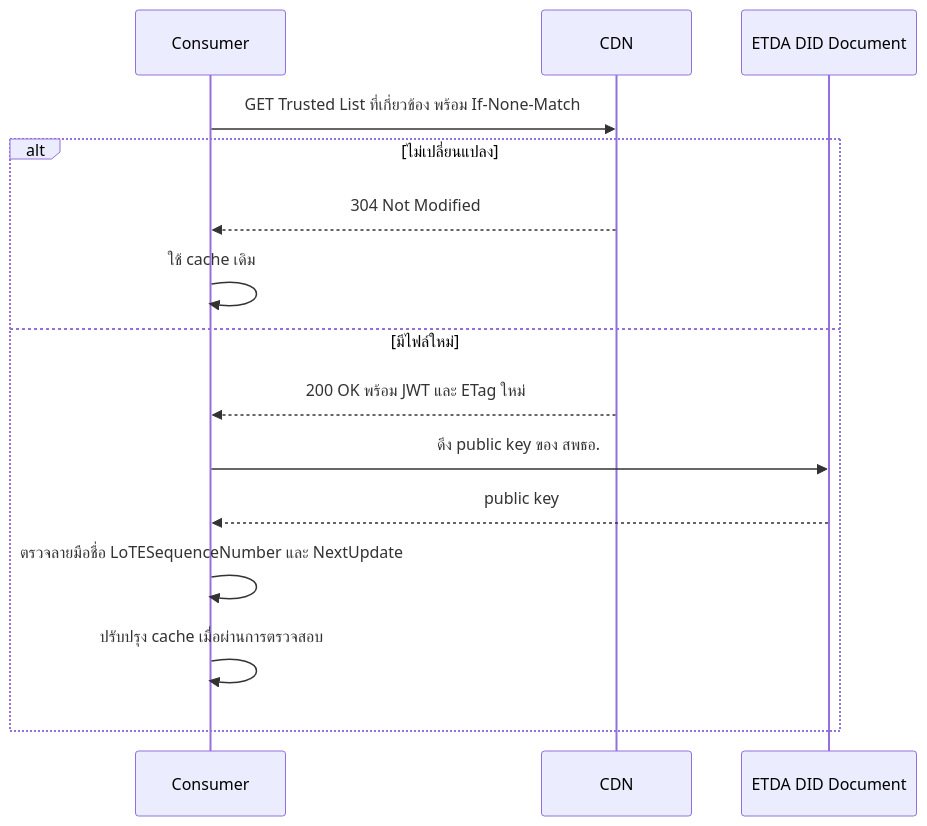
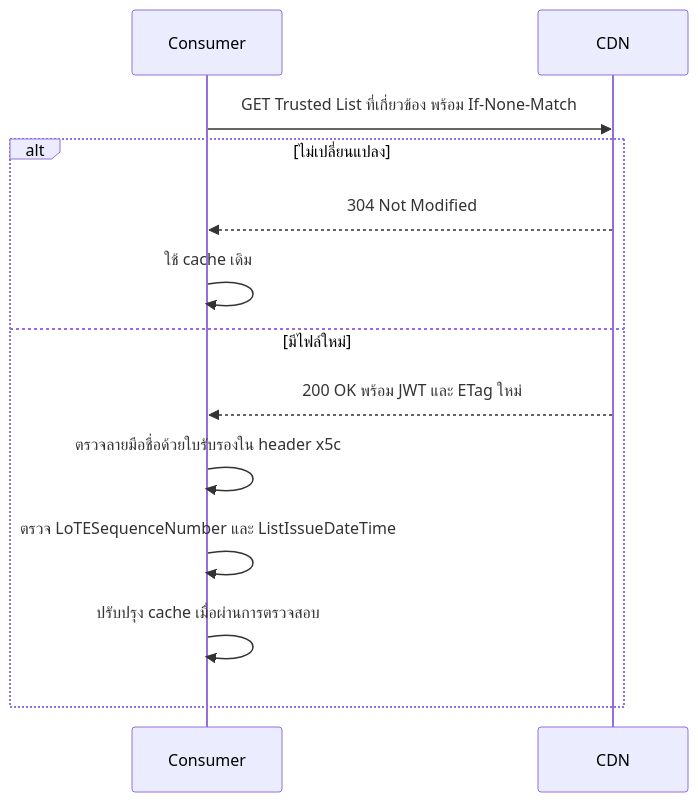
Before and after one commit to ETDA/vcdoc: the diagram in docs/thai-vc-arf/12.1-trust-list-publication-profile.md, drawn with Mermaid. The commit also changed other lines of this file and 22 other files, not shown here.

````diff
--- a/docs/thai-vc-arf/12.1-trust-list-publication-profile.md
+++ b/docs/thai-vc-arf/12.1-trust-list-publication-profile.md
@@ -115,18 +221,16 @@
 ```mermaid
 sequenceDiagram
     participant C as Consumer
     participant CDN as CDN
-    participant DID as ETDA DID Document
 
     C->>CDN: GET Trusted List ที่เกี่ยวข้อง พร้อม If-None-Match
     alt ไม่เปลี่ยนแปลง
         CDN-->>C: 304 Not Modified
         C->>C: ใช้ cache เดิม
     else มีไฟล์ใหม่
         CDN-->>C: 200 OK พร้อม JWT และ ETag ใหม่
-        C->>DID: ดึง public key ของ สพธอ.
-        DID-->>C: public key
-        C->>C: ตรวจลายมือชื่อ LoTESequenceNumber และ NextUpdate
+        C->>C: ตรวจลายมือชื่อด้วยใบรับรองใน header x5c
+        C->>C: ตรวจ LoTESequenceNumber และ ListIssueDateTime
         C->>C: ปรับปรุง cache เมื่อผ่านการตรวจสอบ
     end
 ```
````
